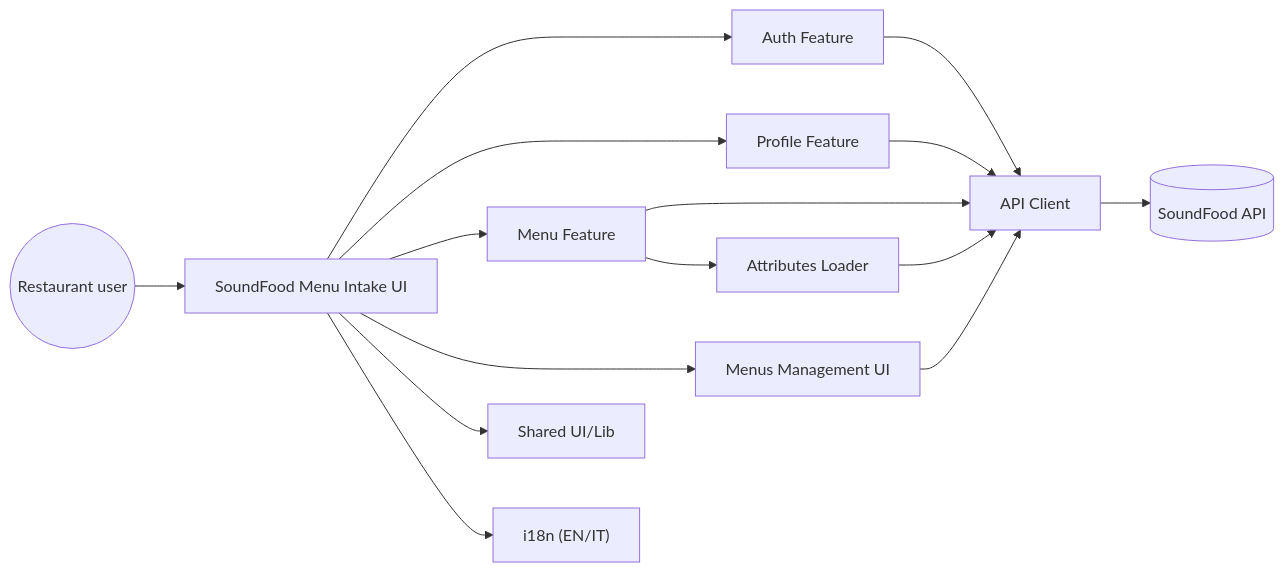
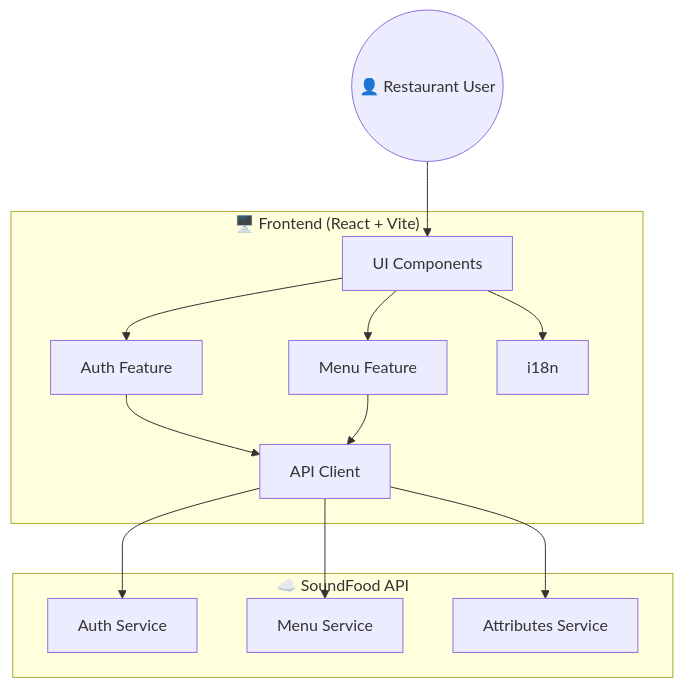
One commit to matteospanio/sf-demo-menu-intf changed the first of 6 diagrams in README.md. Above: the diagram before and after it, drawn with Mermaid. The commit also changed other lines of this file and 1 other file, not shown here.

````diff
--- a/README.md
+++ b/README.md
@@ -206,20 +226,26 @@
 ```mermaid
-flowchart LR
-  User((Restaurant user)) --> UI[SoundFood Menu Intake UI]
+flowchart TB
+  subgraph Client["🖥️ Frontend (React + Vite)"]
+    UI["UI Components"]
+    Auth["Auth Feature"]
+    Menu["Menu Feature"]
+    API["API Client"]
+    I18n["i18n"]
+  end
 
-  UI --> Auth[Auth Feature]
-  UI --> Profile[Profile Feature]
-  UI --> Menu[Menu Feature]
-  UI --> MenusMgmt[Menus Management UI]
-  UI --> Shared[Shared UI/Lib]
+  subgraph Backend["☁️ SoundFood API"]
+    AuthAPI["Auth Service"]
+    MenuAPI["Menu Service"]
+    AttrAPI["Attributes Service"]
+  end
 
-  Auth --> Api[API Client]
-  Profile --> Api
-  Menu --> Api
-  MenusMgmt --> Api
-  Menu --> Attr[Attributes Loader]
-  Attr --> Api
-
-  Api --> SoundFoodAPI[(SoundFood API)]
-  UI --> I18n["i18n (EN/IT)"]
+  User((👤 Restaurant User)) --> UI
+  UI --> Auth
+  UI --> Menu
+  UI --> I18n
+  Auth --> API
+  Menu --> API
+  API --> AuthAPI
+  API --> MenuAPI
+  API --> AttrAPI
 ```
````
